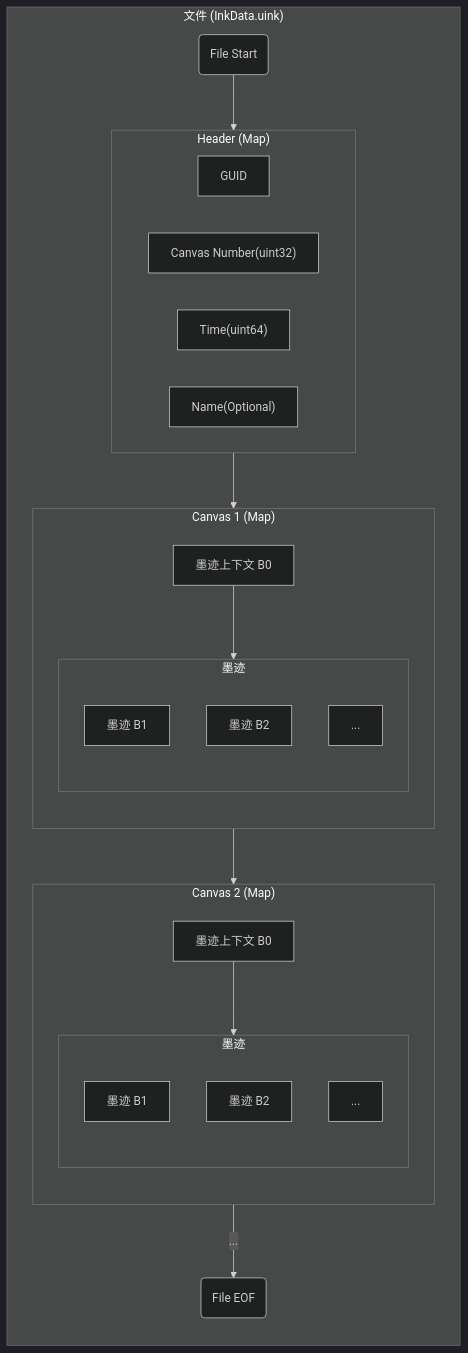
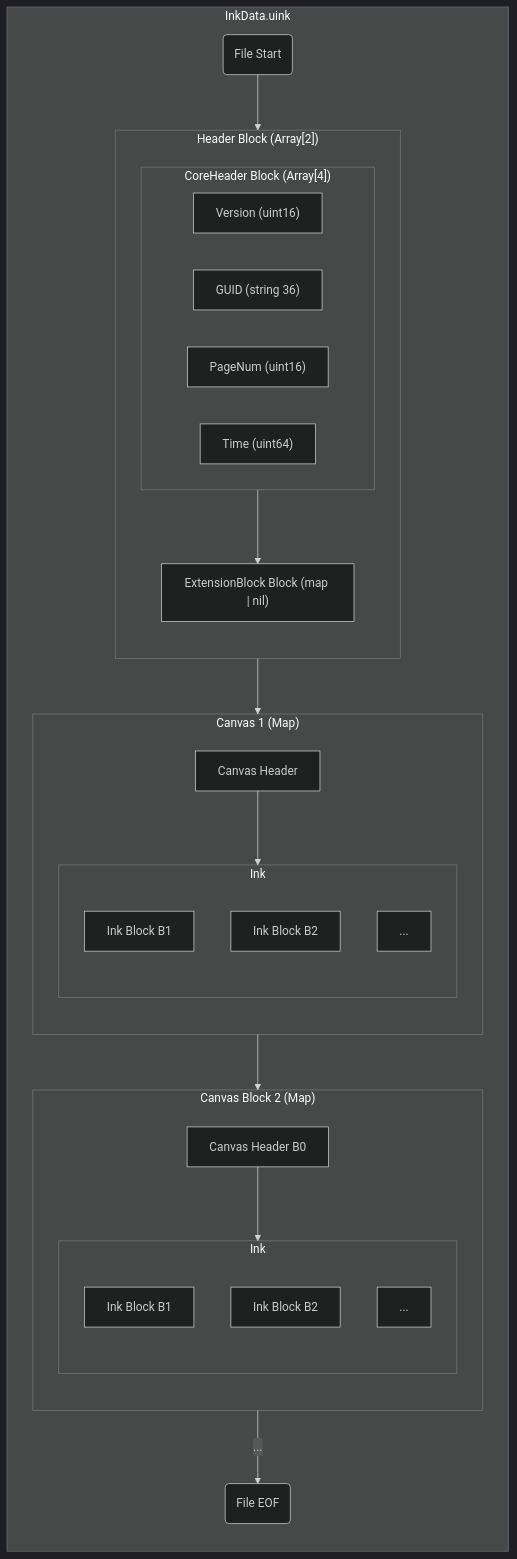
The diagram in docs/standard/file/main.md (Alan-CRL/inkeys.top), drawn with Mermaid (dark theme) before and after one commit. The commit also changed other lines of this file and 3 other files, not shown here.

````diff
--- a/docs/standard/file/main.md
+++ b/docs/standard/file/main.md
@@ -7,43 +7,51 @@
 ```mermaid
 flowchart TB
-    subgraph "文件 (InkData.uink)"
+    subgraph "InkData.uink"
         direction TB
 
-        subgraph B0 ["Header (Map)"]
-            direction LR
-            B0_GUID["GUID"]
-            B0_PageNum["Canvas Number(uint32)"]
-            B0_Time["Time(uint64)"]
-            B0_Name["Name(Optional)"]
+        subgraph B0 ["Header Block (Array[2])"]
+            direction TB
+
+            subgraph B0_Core ["CoreHeader Block (Array[4])"]
+                direction LR
+                B0_Ver["Version (uint16)"]
+                B0_GUID["GUID (string 36)"]
+                B0_PageNum["PageNum (uint16)"]
+                B0_Time["Time (uint64)"]
+            end
+
+            B0_Ext["ExtensionBlock Block (map | nil)"]
+
+            B0_Core --> B0_Ext
         end
 
         subgraph A1 ["Canvas 1 (Map)"]
             direction TB
-            A1_Ctx["墨迹上下文 B0"]
-            subgraph A1_Strokes ["墨迹"]
+            A1_Ctx["Canvas Header"]
+            subgraph A1_Strokes ["Ink"]
                 direction TB
-                A1_B1["墨迹 B1"]
-                A1_B2["墨迹 B2"]
+                A1_B1["Ink Block B1"]
+                A1_B2["Ink Block B2"]
                 A1_B3["..."]
             end
             A1_Ctx --> A1_Strokes
         end
 
-        subgraph A2 ["Canvas 2 (Map)"]
+        subgraph A2 ["Canvas Block 2 (Map)"]
             direction TB
-            A2_Ctx["墨迹上下文 B0"]
-            subgraph A2_Strokes ["墨迹"]
+            A2_Ctx["Canvas Header B0"]
+            subgraph A2_Strokes ["Ink"]
                 direction TB
-                A2_B1["墨迹 B1"]
-                A2_B2["墨迹 B2"]
+                A2_B1["Ink Block B1"]
+                A2_B2["Ink Block B2"]
                 A2_B3["..."]
             end
             A2_Ctx --> A2_Strokes
         end
 
         FileStart("File Start") --> B0
         B0 --> A1
         A1 --> A2
         A2 -- "..." --> FileEnd("File EOF")
     end
 ```
````
